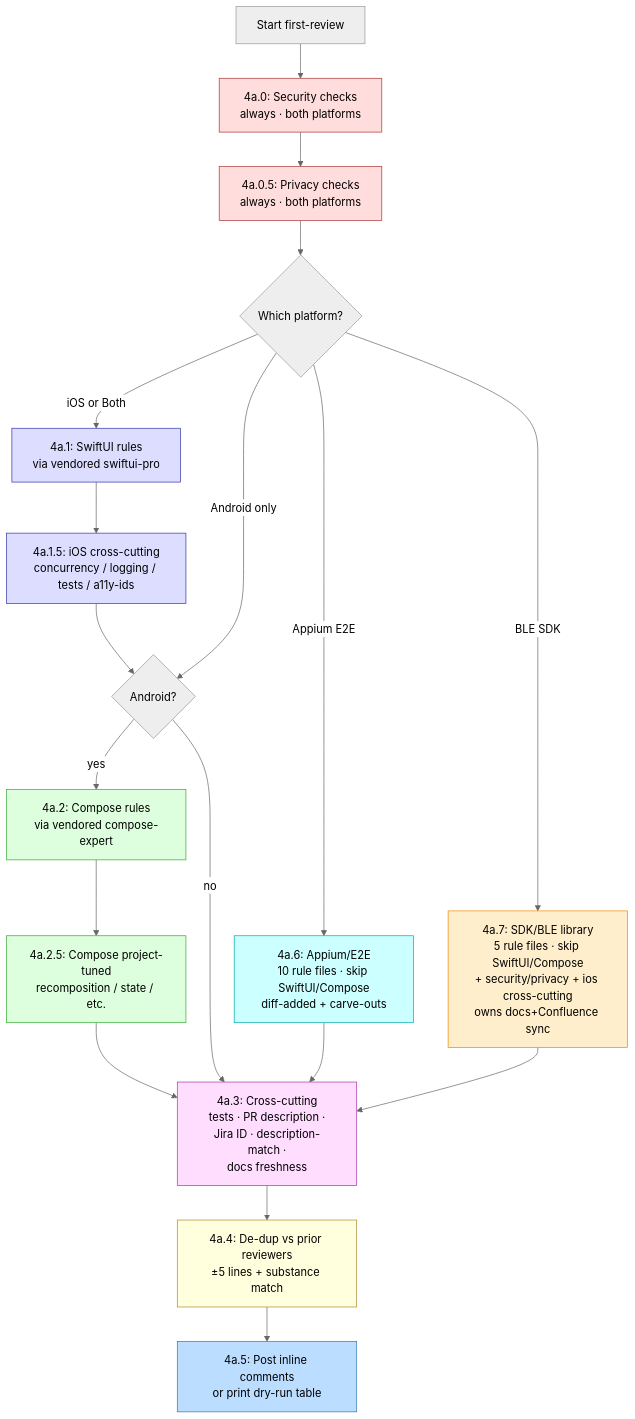
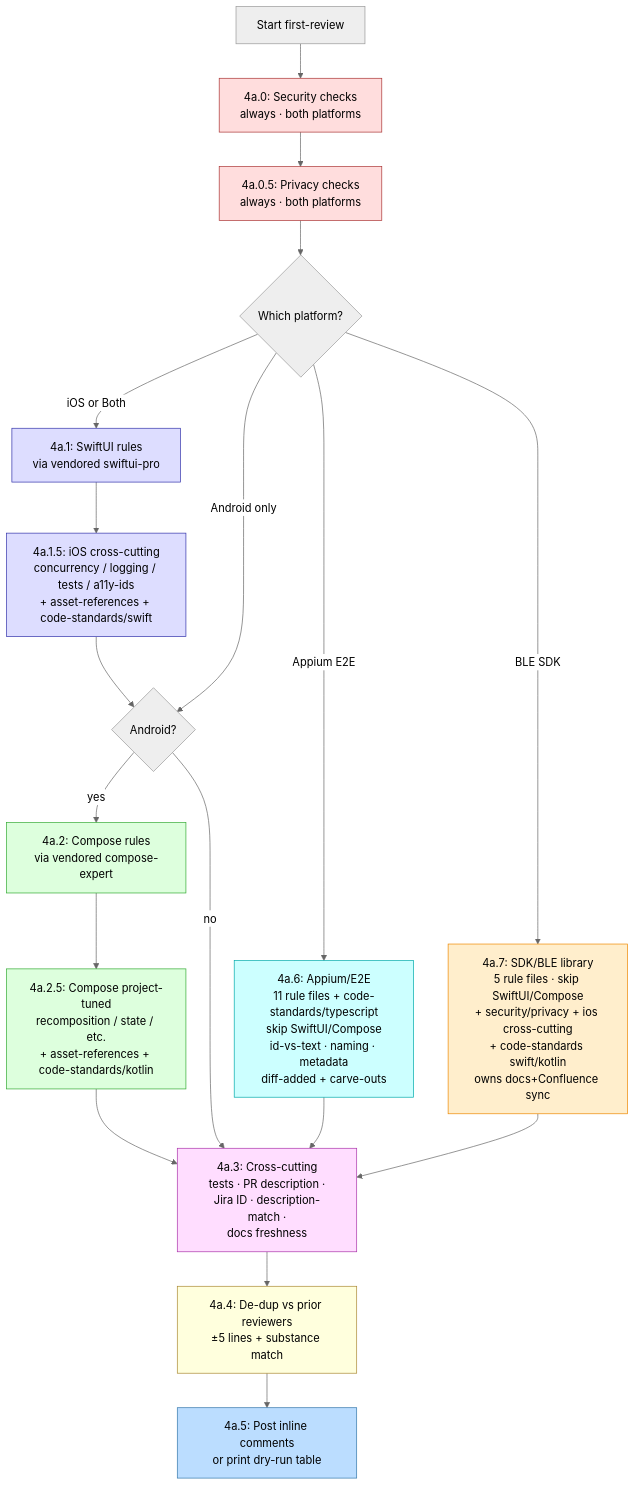
The sixth of 15 diagrams in HOW-IT-WORKS.md (pkesavangg/pr-review-skills), drawn with Mermaid (neutral theme) before and after one commit. The commit also changed other lines of this file and 18 other files, not shown here.

First line of the commit message:
feat(review): enforce coding standards + typed asset references

````diff
--- a/HOW-IT-WORKS.md
+++ b/HOW-IT-WORKS.md
@@ -206,39 +206,39 @@
 ```mermaid
 flowchart TD
     Start[Start first-review] --> S40[4a.0: Security checks<br/>always · both platforms]
     S40 --> S405[4a.0.5: Privacy checks<br/>always · both platforms]
     S405 --> PlatBranch{Which platform?}
 
     PlatBranch -- iOS or Both --> S41[4a.1: SwiftUI rules<br/>via vendored swiftui-pro]
-    S41 --> S415[4a.1.5: iOS cross-cutting<br/>concurrency / logging / tests / a11y-ids]
+    S41 --> S415[4a.1.5: iOS cross-cutting<br/>concurrency / logging / tests / a11y-ids<br/>+ asset-references + code-standards/swift]
     S415 --> AndroidGate
 
     PlatBranch -- Android only --> AndroidGate{Android?}
     AndroidGate -- yes --> S42[4a.2: Compose rules<br/>via vendored compose-expert]
-    S42 --> S425[4a.2.5: Compose project-tuned<br/>recomposition / state / etc.]
+    S42 --> S425[4a.2.5: Compose project-tuned<br/>recomposition / state / etc.<br/>+ asset-references + code-standards/kotlin]
     S425 --> S43
 
     AndroidGate -- no --> S43
 
-    PlatBranch -- Appium E2E --> S46[4a.6: Appium/E2E<br/>10 rule files · skip SwiftUI/Compose<br/>diff-added + carve-outs]
+    PlatBranch -- Appium E2E --> S46[4a.6: Appium/E2E<br/>11 rule files + code-standards/typescript<br/>skip SwiftUI/Compose<br/>id-vs-text · naming · metadata<br/>diff-added + carve-outs]
     S46 --> S43
 
-    PlatBranch -- BLE SDK --> S47[4a.7: SDK/BLE library<br/>5 rule files · skip SwiftUI/Compose<br/>+ security/privacy + ios cross-cutting<br/>owns docs+Confluence sync]
+    PlatBranch -- BLE SDK --> S47[4a.7: SDK/BLE library<br/>5 rule files · skip SwiftUI/Compose<br/>+ security/privacy + ios cross-cutting<br/>+ code-standards swift/kotlin<br/>owns docs+Confluence sync]
     S47 --> S43
 
     S43[4a.3: Cross-cutting<br/>tests · PR description ·<br/>Jira ID · description-match ·<br/>docs freshness]
     S43 --> S44[4a.4: De-dup vs prior reviewers<br/>±5 lines + substance match]
     S44 --> S45[4a.5: Post inline comments<br/>or print dry-run table]
 
     style S40 fill:#fdd,stroke:#a33,color:#000
     style S405 fill:#fdd,stroke:#a33,color:#000
     style S41 fill:#ddf,stroke:#33a,color:#000
     style S415 fill:#ddf,stroke:#33a,color:#000
     style S42 fill:#dfd,stroke:#3a3,color:#000
     style S425 fill:#dfd,stroke:#3a3,color:#000
     style S46 fill:#cff,stroke:#0aa,color:#000
     style S47 fill:#fec,stroke:#e80,color:#000
     style S43 fill:#fdf,stroke:#a3a,color:#000
     style S44 fill:#ffd,stroke:#a83,color:#000
     style S45 fill:#bdf,stroke:#37a,color:#000
 ```
````
